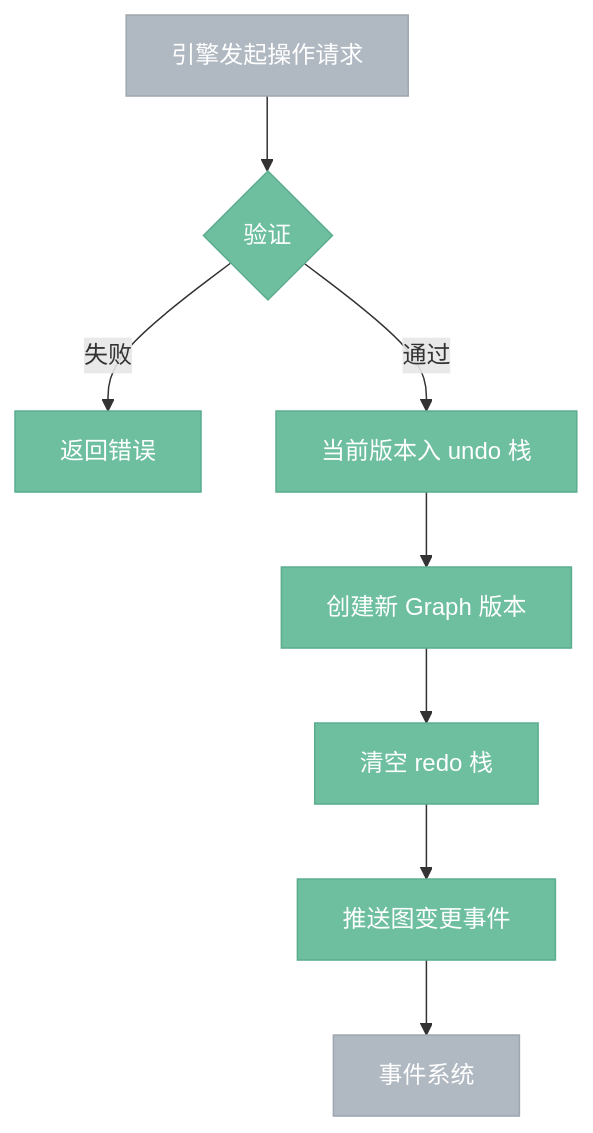
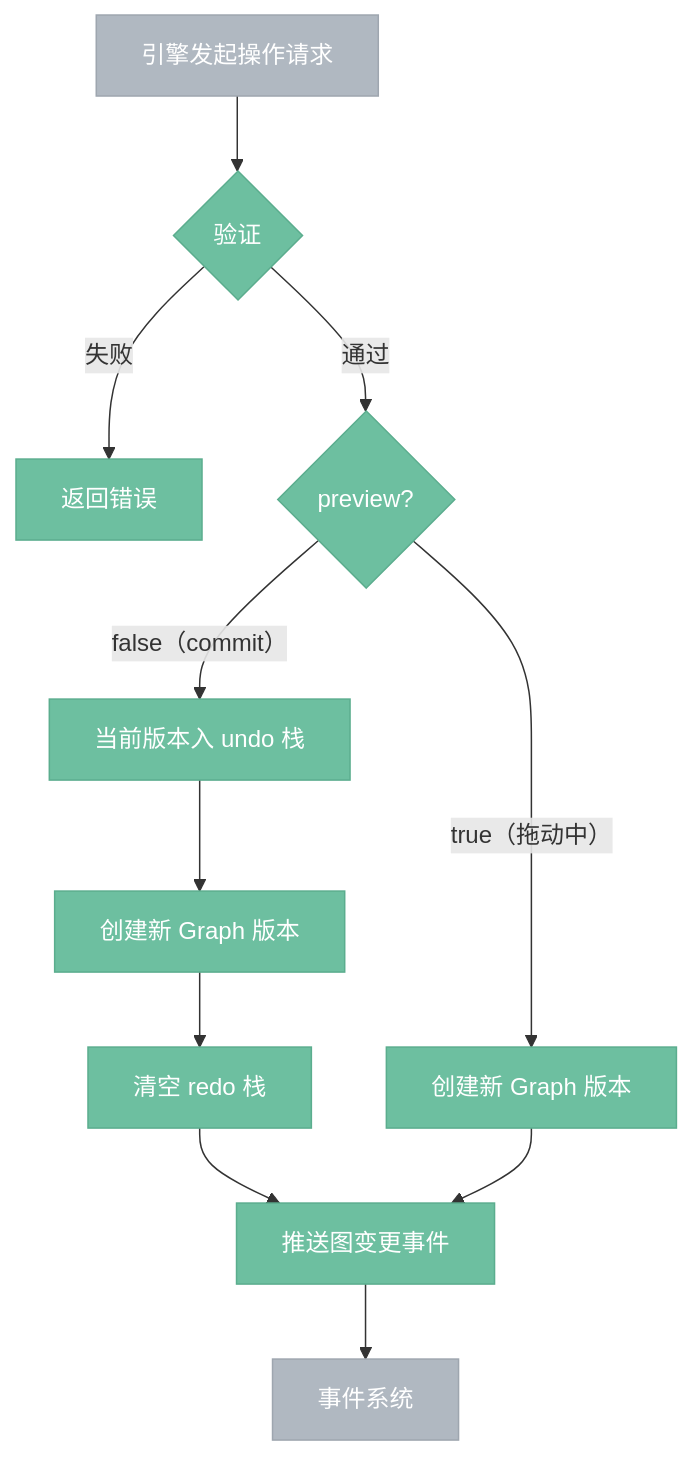
The second of 3 diagrams in docs/targetv3/402-graph-controller.md (aporicho/nodeimg), drawn with Mermaid before and after one commit. The commit also changed other lines of this file and 3 other files, not shown here.

Commit message:
docs(targetv3): 实时参数预览——preview/commit 双模式 + AI 节点仅手动执行

````diff
--- a/docs/targetv3/402-graph-controller.md
+++ b/docs/targetv3/402-graph-controller.md
@@ -36,15 +36,18 @@
 ```mermaid
 %%{ init: { 'flowchart': { 'curve': 'basis' } } }%%
 flowchart TB
     classDef internal fill:#6DBFA0,stroke:#5BAD8E,color:#fff
     classDef external fill:#B0B8C1,stroke:#9EA6AF,color:#fff
 
     请求["引擎发起操作请求"]:::external
     请求 --> 验证{"验证"}:::internal
     验证 -->|"失败"| 拒绝["返回错误"]:::internal
-    验证 -->|"通过"| 快照["当前版本入 undo 栈"]:::internal
+    验证 -->|"通过"| preview{"preview?"}:::internal
+    preview -->|"false（commit）"| 快照["当前版本入 undo 栈"]:::internal
     快照 --> 执行["创建新 Graph 版本"]:::internal
     执行 --> 清redo["清空 redo 栈"]:::internal
     清redo --> 事件["推送图变更事件"]:::internal
+    preview -->|"true（拖动中）"| 执行2["创建新 Graph 版本"]:::internal
+    执行2 --> 事件
     事件 --> 事件系统["事件系统"]:::external
 ```
````
